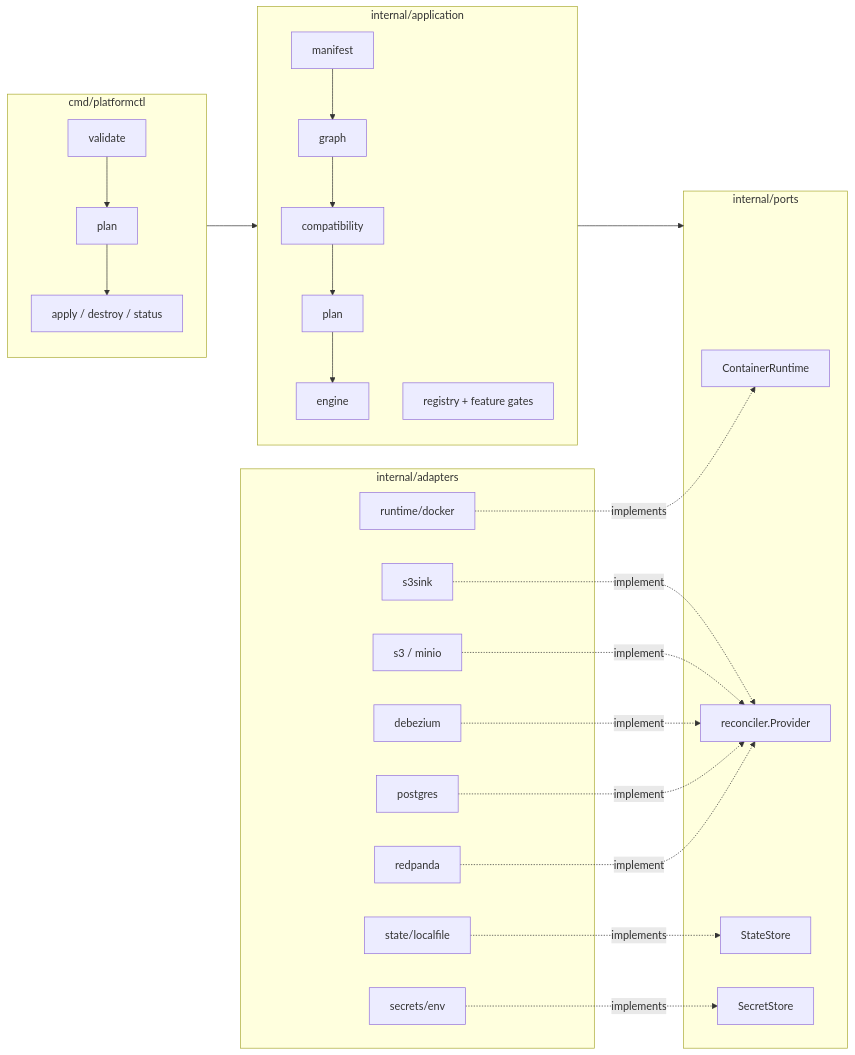
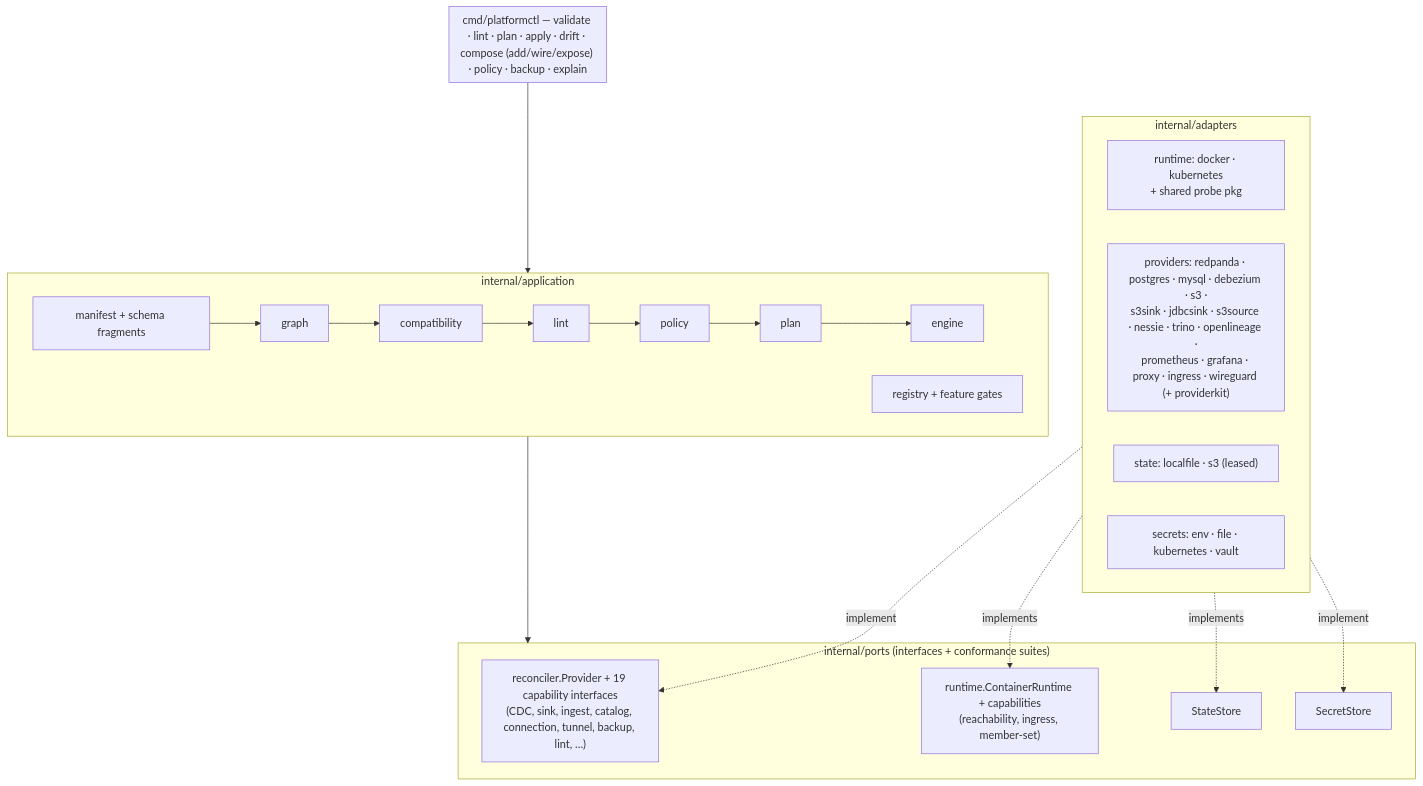
The diagram in README.md (rezarajan/platformctl), drawn with Mermaid before and after one commit. The commit also changed other lines of this file and 7 other files, not shown here.

````diff
--- a/README.md
+++ b/README.md
@@ -112,31 +111,28 @@
 ```mermaid
-flowchart LR
-    subgraph CLI["cmd/platformctl"]
-        V[validate] --> P[plan] --> A[apply / destroy / status]
+flowchart TB
+    subgraph CLI["cmd/platformctl — validate · lint · plan · apply · drift · compose (add/wire/expose) · policy · backup · explain"]
+        direction LR
     end
-    subgraph Application["internal/application"]
-        M[manifest] --> G[graph] --> C[compatibility] --> PL[plan] --> E[engine]
+    subgraph APP["internal/application"]
+        M[manifest + schema fragments] --> G[graph] --> C[compatibility] --> L[lint] --> PO[policy] --> PL[plan] --> E[engine]
         R[registry + feature gates]
     end
-    subgraph Ports["internal/ports"]
-        RT[ContainerRuntime]
-        RC[reconciler.Provider]
+    subgraph PORTS["internal/ports (interfaces + conformance suites)"]
+        RC["reconciler.Provider + 19 capability interfaces<br/>(CDC, sink, ingest, catalog, connection, tunnel, backup, lint, …)"]
+        RT["runtime.ContainerRuntime + capabilities<br/>(reachability, ingress, member-set)"]
         ST[StateStore]
         SS[SecretStore]
     end
-    subgraph Adapters["internal/adapters"]
-        D[runtime/docker]
-        RP[redpanda]
-        PG[postgres]
-        DBZ[debezium]
-        S3[s3 / minio]
-        SNK[s3sink]
-        LF[state/localfile]
-        ENV[secrets/env]
+    subgraph ADP["internal/adapters"]
+        direction LR
+        RUN["runtime: docker · kubernetes<br/>+ shared probe pkg"]
+        PROV["providers: redpanda · postgres · mysql · debezium · s3 ·<br/>s3sink · jdbcsink · s3source · nessie · trino · openlineage ·<br/>prometheus · grafana · proxy · ingress · wireguard (+ providerkit)"]
+        STA["state: localfile · s3 (leased)"]
+        SEC["secrets: env · file · kubernetes · vault"]
     end
-    CLI --> Application --> Ports
-    D -.implements.-> RT
-    RP & PG & DBZ & S3 & SNK -.implement.-> RC
-    LF -.implements.-> ST
-    ENV -.implements.-> SS
+    CLI --> APP --> PORTS
+    RUN -.implements.-> RT
+    PROV -.implement.-> RC
+    STA -.implements.-> ST
+    SEC -.implement.-> SS
 ```
````
